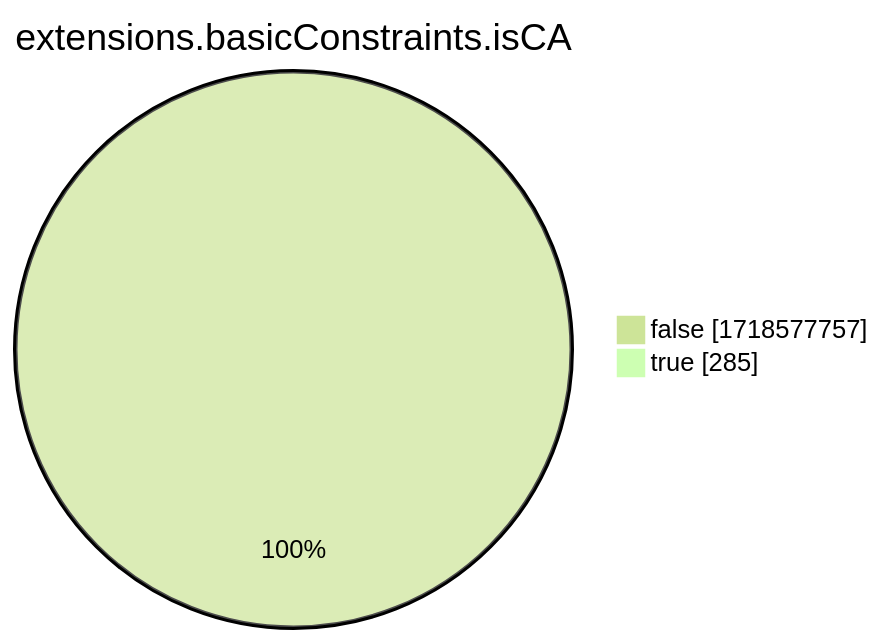
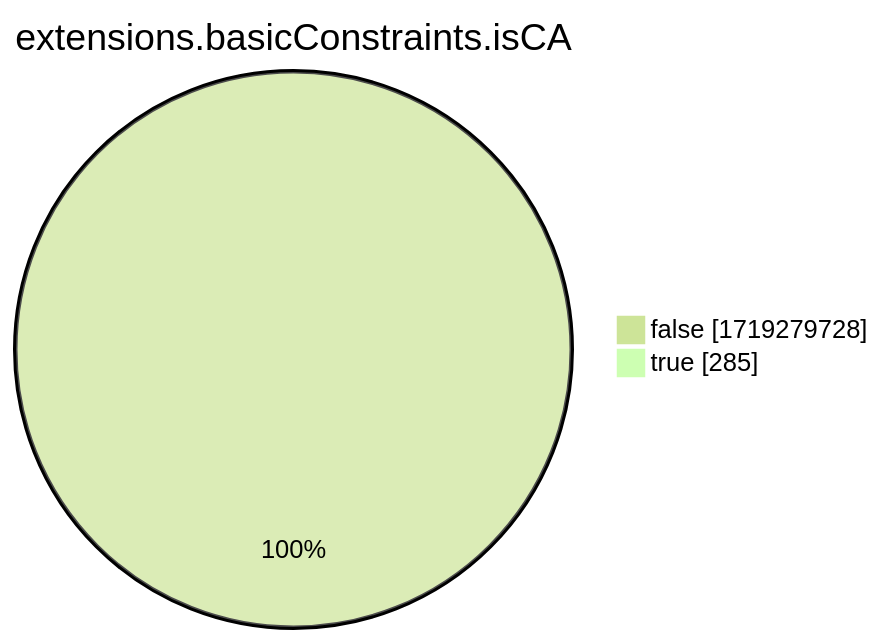
The eighth of 15 diagrams in xenon2022/README.md (christiankrug/ctmonitor_visualization), drawn with Mermaid (forest theme) before and after one commit. The commit also changed other lines of this file, not shown here.

````diff
--- a/xenon2022/README.md
+++ b/xenon2022/README.md
@@ -2866,6 +2866,6 @@
 ```mermaid
 pie showData
 title extensions.basicConstraints.isCA
-"false" :1718577757
+"false" :1719279728
 "true" :285
 ```
````
